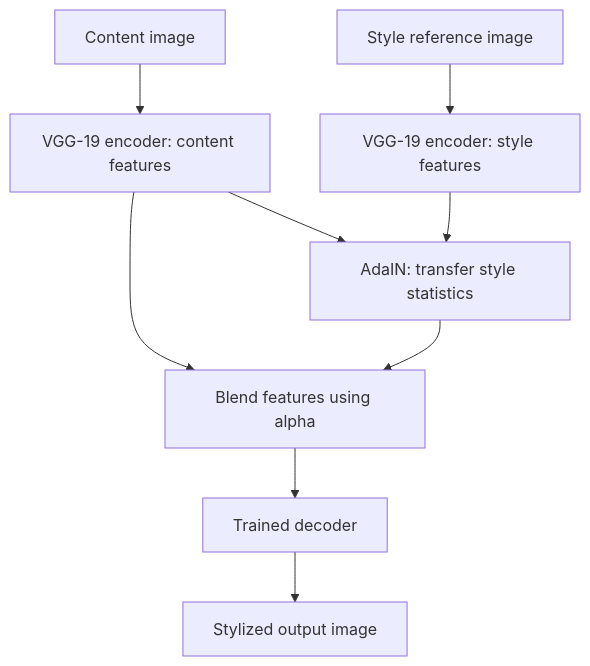
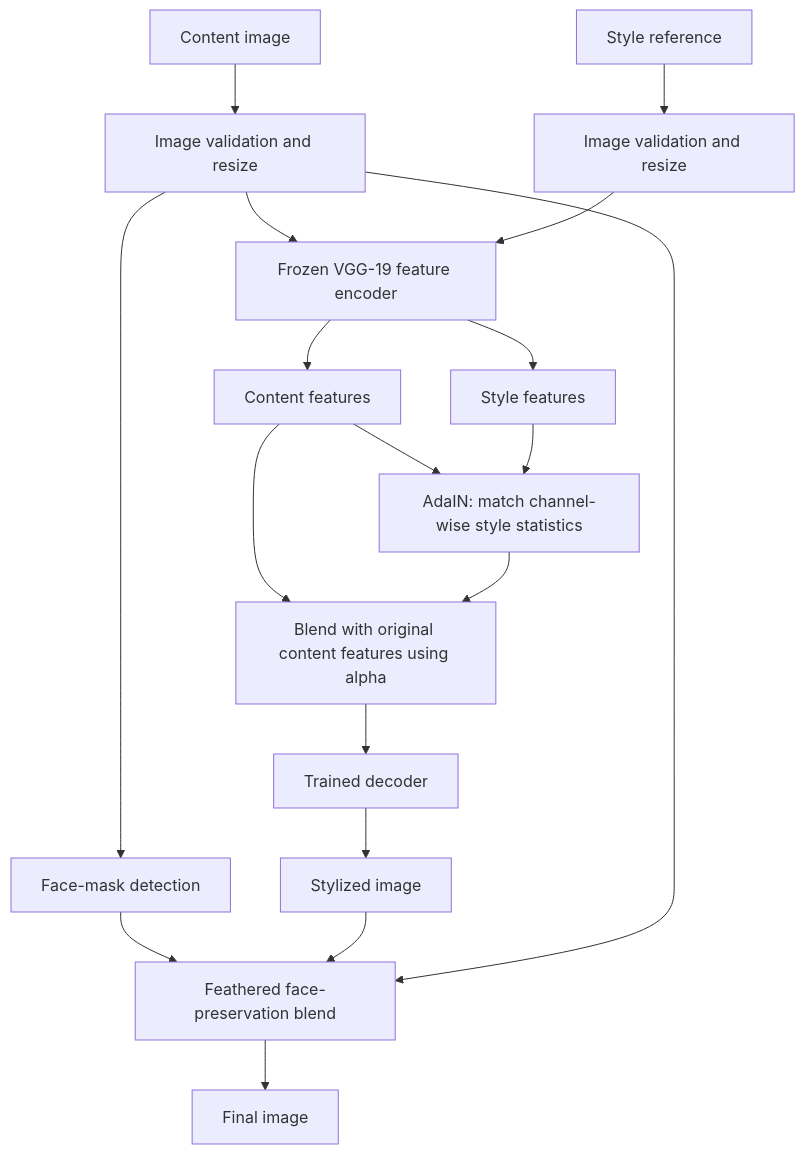
The diagram in README.md (dileepkumar2626/AdaIN-Neural-Style-Transfer), drawn with Mermaid before and after one commit. The commit also changed other lines of this file, not shown here.

````diff
--- a/README.md
+++ b/README.md
@@ -98,11 +88,20 @@
 ```mermaid
 flowchart TD
-    C["Content image"] --> CE["VGG-19 encoder: content features"]
-    S["Style reference image"] --> SE["VGG-19 encoder: style features"]
-    CE --> A["AdaIN: transfer style statistics"]
-    SE --> A
-    CE --> B["Blend features using alpha"]
+    C[Content image] --> CP[Image validation and resize]
+    S[Style reference] --> SP[Image validation and resize]
+    CP --> E[Frozen VGG-19 feature encoder]
+    SP --> E
+    E --> CF[Content features]
+    E --> SF[Style features]
+    CF --> A[AdaIN: match channel-wise style statistics]
+    SF --> A
+    CF --> B[Blend with original content features using alpha]
     A --> B
-    B --> D["Trained decoder"]
-    D --> O["Stylized output image"]
+    B --> D[Trained decoder]
+    D --> ST[Stylized image]
+    CP --> FM[Face-mask detection]
+    FM --> FB[Feathered face-preservation blend]
+    ST --> FB
+    CP --> FB
+    FB --> O[Final image]
 ```
````
